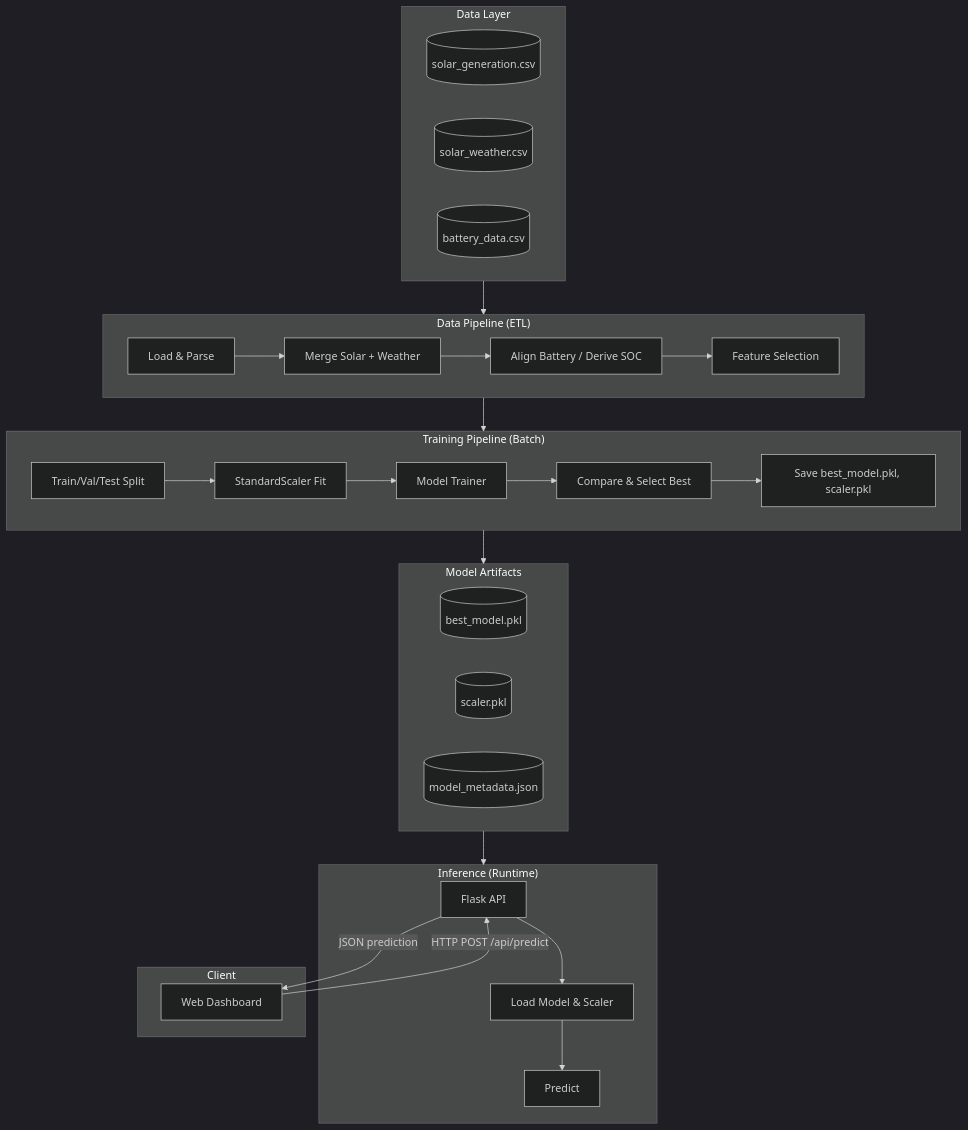
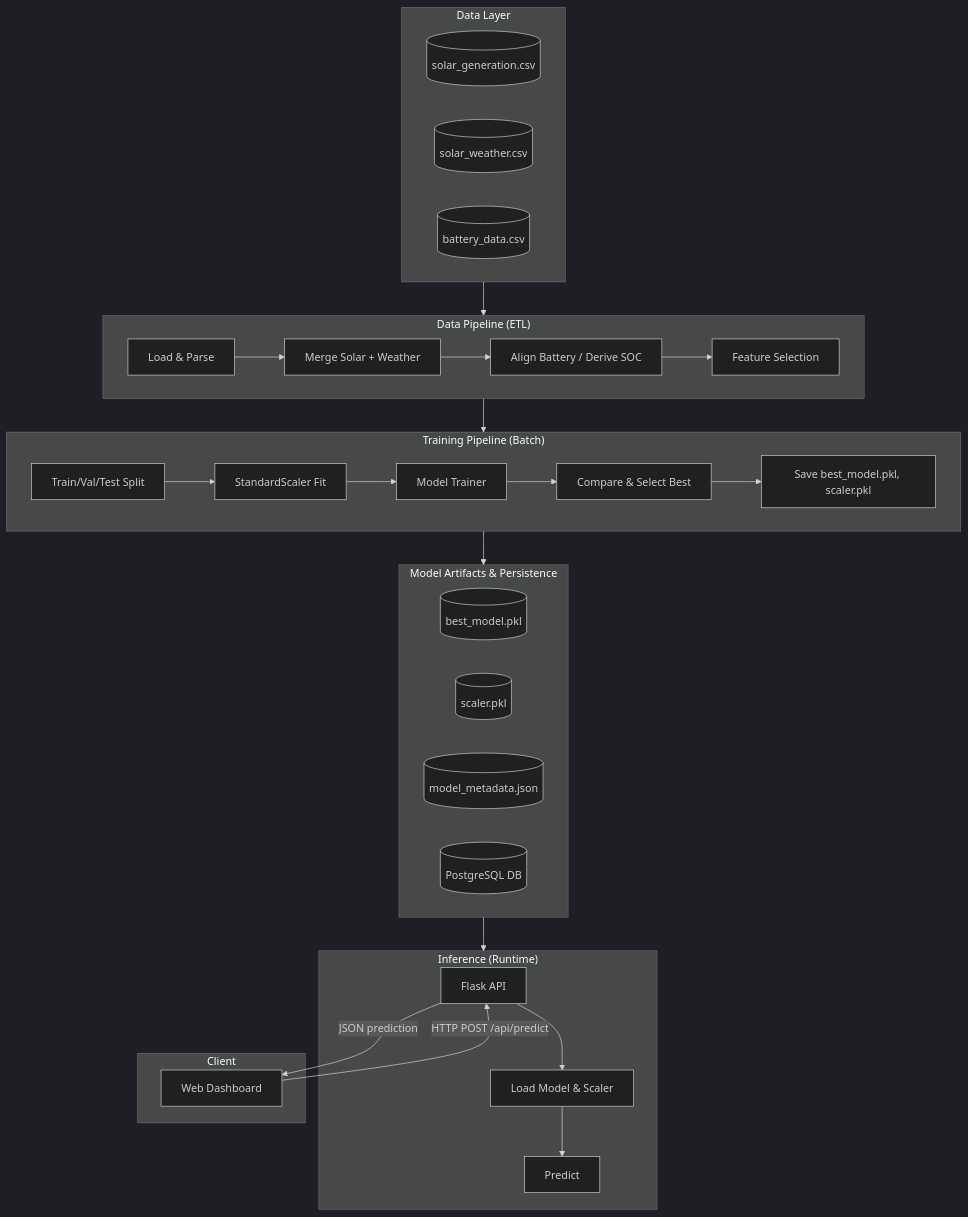
The first of 6 diagrams in TECHNICAL_REPORT.md (Mummadi-shiva-ganesh/Solar-Hybrid-Energy-Prediction-), drawn with Mermaid (dark theme) before and after one commit. The commit also changed other lines of this file and 36 other files, not shown here.

````diff
--- a/TECHNICAL_REPORT.md
+++ b/TECHNICAL_REPORT.md
@@ -229,49 +229,50 @@
 ```mermaid
 flowchart TB
     subgraph DataLayer["Data Layer"]
         CSV1[(solar_generation.csv)]
         CSV2[(solar_weather.csv)]
         CSV3[(battery_data.csv)]
     end
 
     subgraph ETL["Data Pipeline (ETL)"]
         LOAD[Load & Parse]
         MERGE[Merge Solar + Weather]
         ALIGN[Align Battery / Derive SOC]
         FEAT[Feature Selection]
         LOAD --> MERGE --> ALIGN --> FEAT
     end
 
     subgraph Training["Training Pipeline (Batch)"]
         SPLIT[Train/Val/Test Split]
         SCALE[StandardScaler Fit]
         TRAIN[Model Trainer]
         EVAL[Compare & Select Best]
         SAVE[Save best_model.pkl, scaler.pkl]
         SPLIT --> SCALE --> TRAIN --> EVAL --> SAVE
     end
 
-    subgraph Artifacts["Model Artifacts"]
+    subgraph Artifacts["Model Artifacts & Persistence"]
         PKL[(best_model.pkl)]
         SCL[(scaler.pkl)]
         META[(model_metadata.json)]
+        DB[(PostgreSQL DB)]
     end
 
     subgraph Inference["Inference (Runtime)"]
         API[Flask API]
         LOAD_M[Load Model & Scaler]
         PRED[Predict]
         API --> LOAD_M --> PRED
     end
 
     subgraph Client["Client"]
         UI[Web Dashboard]
         UI -->|HTTP POST /api/predict| API
         API -->|JSON prediction| UI
     end
 
     DataLayer --> ETL
     ETL --> Training
     Training --> Artifacts
     Artifacts --> Inference
 ```
````
